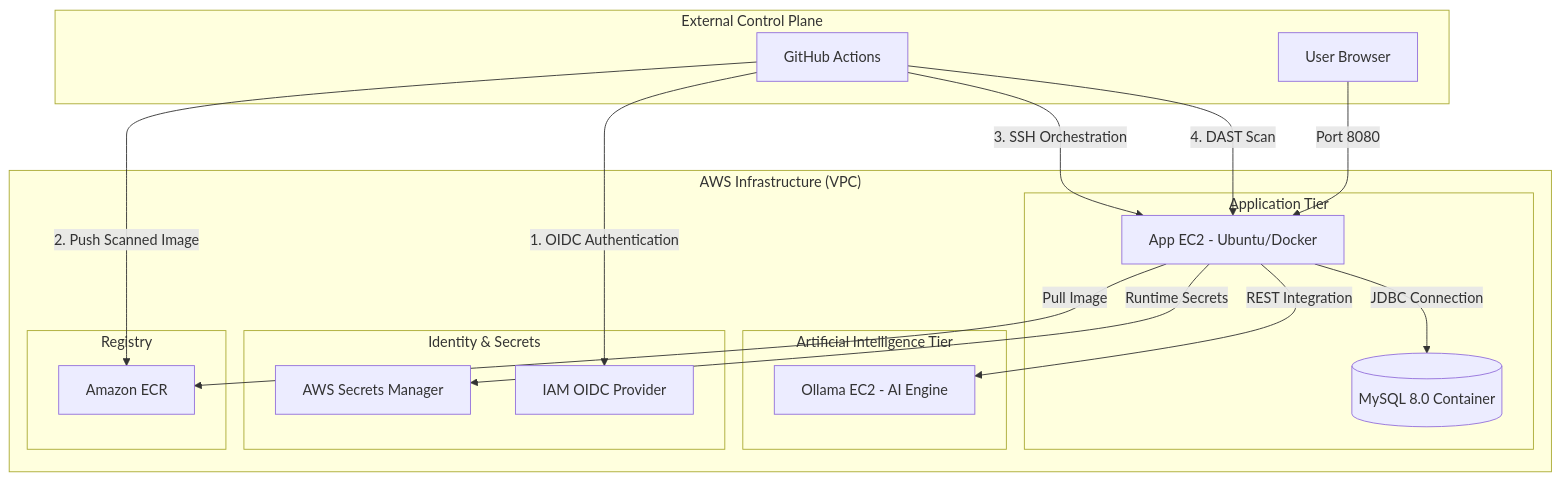
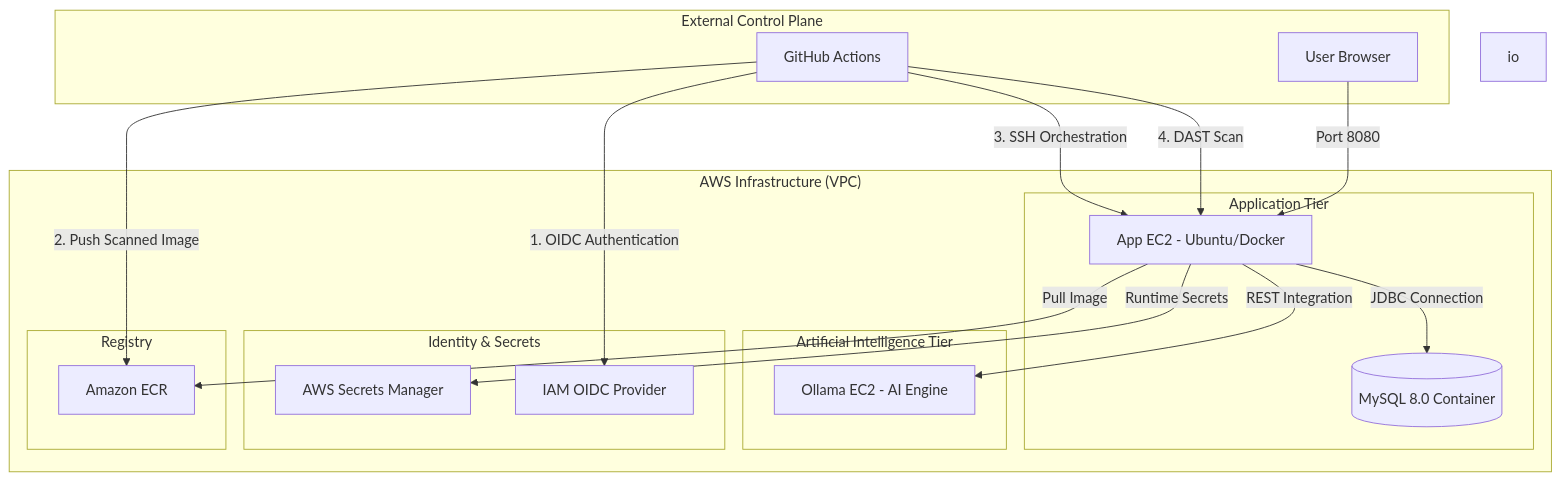
Before and after one commit to savitapadarya/FinTach_website: the diagram in README.md, drawn with Mermaid.

Commit message:
final project

````diff
--- a/README.md
+++ b/README.md
@@ -22,38 +22,39 @@
 ```mermaid
 graph TD
     subgraph "External Control Plane"
         GH[GitHub Actions]
         User[User Browser]
     end
 
     subgraph "AWS Infrastructure (VPC)"
         subgraph "Application Tier"
             AppEC2[App EC2 - Ubuntu/Docker]
             DB[(MySQL 8.0 Container)]
         end
 
         subgraph "Artificial Intelligence Tier"
             Ollama[Ollama EC2 - AI Engine]
         end
 
         subgraph "Identity & Secrets"
             Secrets[AWS Secrets Manager]
             OIDC[IAM OIDC Provider]
         end
 
         subgraph "Registry"
             ECR[Amazon ECR]
         end
     end
 
     GH -->|1. OIDC Authentication| OIDC
     GH -->|2. Push Scanned Image| ECR
     GH -->|3. SSH Orchestration| AppEC2
     GH -->|4. DAST Scan| AppEC2
     
     User -->|Port 8080| AppEC2
     AppEC2 -->|JDBC Connection| DB
     AppEC2 -->|REST Integration| Ollama
     AppEC2 -->|Runtime Secrets| Secrets
-    AppEC2 -->|Pull Image| ECR
+    AppEC2 -->|Pull Image| ECR 
+    io
 ```
````
